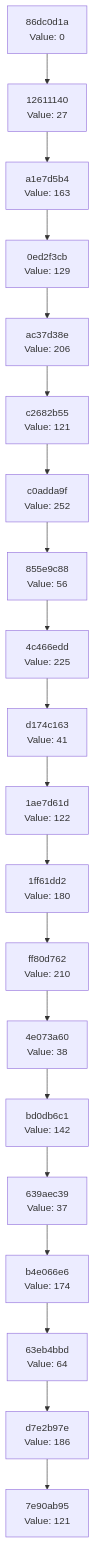
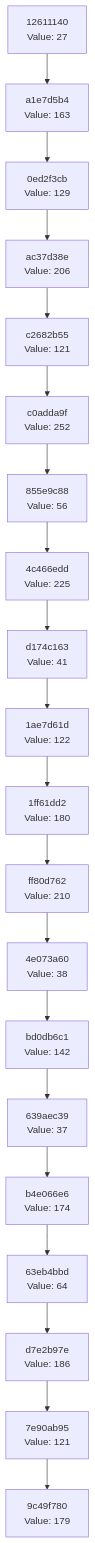
Before and after one commit to Abhisheksinha1506/hash-chain-evolver: the diagram in docs/CHAIN_VISUALIZATION.md, drawn with Mermaid. The commit also changed 2 other files, not shown here.

Commit message:
Evolution Step

````diff
--- a/docs/CHAIN_VISUALIZATION.md
+++ b/docs/CHAIN_VISUALIZATION.md
@@ -3,42 +3,42 @@
 ```mermaid
 graph TD
-    C0["7e90ab95<br/>Value: 121"]
-    C1["d7e2b97e<br/>Value: 186"]
+    C0["9c49f780<br/>Value: 179"]
+    C1["7e90ab95<br/>Value: 121"]
     C1 --> C0
-    C2["63eb4bbd<br/>Value: 64"]
+    C2["d7e2b97e<br/>Value: 186"]
     C2 --> C1
-    C3["b4e066e6<br/>Value: 174"]
+    C3["63eb4bbd<br/>Value: 64"]
     C3 --> C2
-    C4["639aec39<br/>Value: 37"]
+    C4["b4e066e6<br/>Value: 174"]
     C4 --> C3
-    C5["bd0db6c1<br/>Value: 142"]
+    C5["639aec39<br/>Value: 37"]
     C5 --> C4
-    C6["4e073a60<br/>Value: 38"]
+    C6["bd0db6c1<br/>Value: 142"]
     C6 --> C5
-    C7["ff80d762<br/>Value: 210"]
+    C7["4e073a60<br/>Value: 38"]
     C7 --> C6
-    C8["1ff61dd2<br/>Value: 180"]
+    C8["ff80d762<br/>Value: 210"]
     C8 --> C7
-    C9["1ae7d61d<br/>Value: 122"]
+    C9["1ff61dd2<br/>Value: 180"]
     C9 --> C8
-    C10["d174c163<br/>Value: 41"]
+    C10["1ae7d61d<br/>Value: 122"]
     C10 --> C9
-    C11["4c466edd<br/>Value: 225"]
+    C11["d174c163<br/>Value: 41"]
     C11 --> C10
-    C12["855e9c88<br/>Value: 56"]
+    C12["4c466edd<br/>Value: 225"]
     C12 --> C11
-    C13["c0adda9f<br/>Value: 252"]
+    C13["855e9c88<br/>Value: 56"]
     C13 --> C12
-    C14["c2682b55<br/>Value: 121"]
+    C14["c0adda9f<br/>Value: 252"]
     C14 --> C13
-    C15["ac37d38e<br/>Value: 206"]
+    C15["c2682b55<br/>Value: 121"]
     C15 --> C14
-    C16["0ed2f3cb<br/>Value: 129"]
+    C16["ac37d38e<br/>Value: 206"]
     C16 --> C15
-    C17["a1e7d5b4<br/>Value: 163"]
+    C17["0ed2f3cb<br/>Value: 129"]
     C17 --> C16
-    C18["12611140<br/>Value: 27"]
+    C18["a1e7d5b4<br/>Value: 163"]
     C18 --> C17
-    C19["86dc0d1a<br/>Value: 0"]
+    C19["12611140<br/>Value: 27"]
     C19 --> C18
 ```
````
